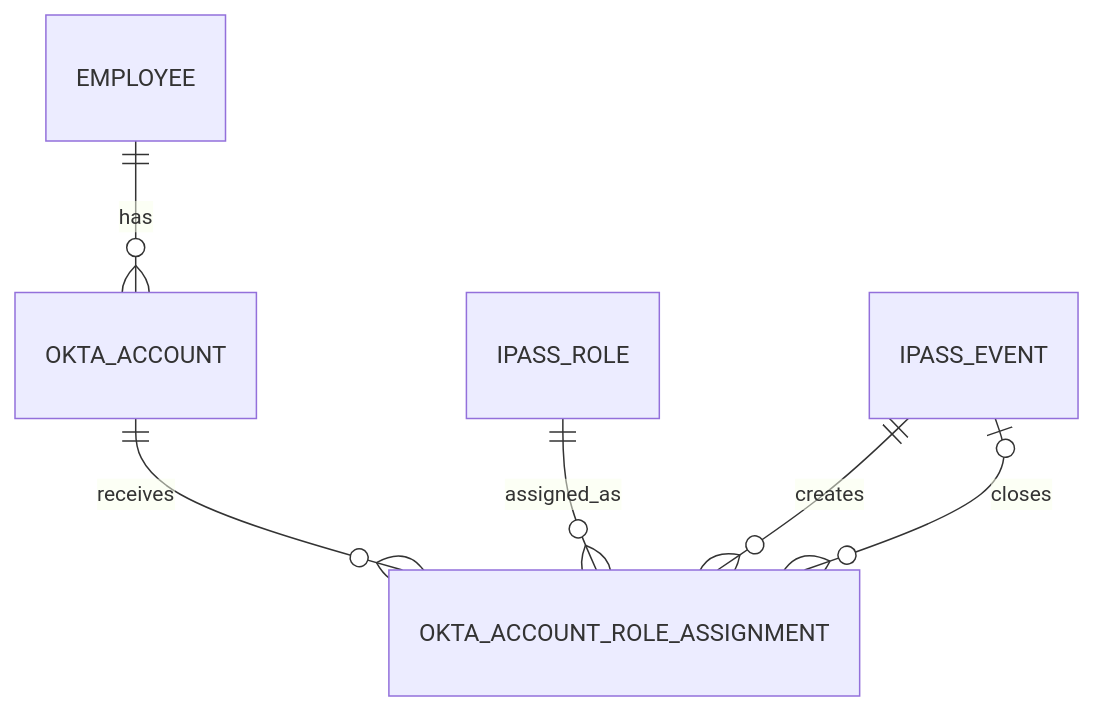
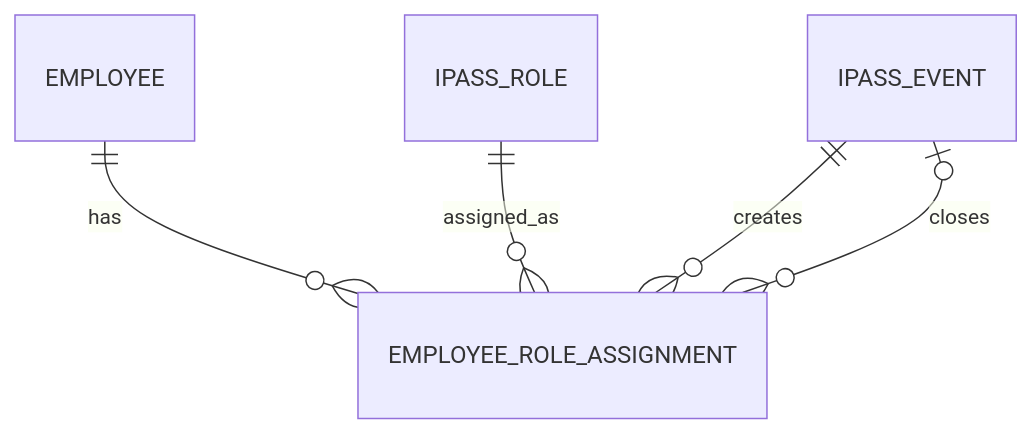
One commit to bvm-arjun108/user-access-management changed the diagram in docs/data-model.md. Above: the diagram before and after it, drawn with Mermaid. The commit also changed other lines of this file and 23 other files, not shown here.

```diff
--- a/docs/data-model.md
+++ b/docs/data-model.md
@@ -19,8 +18,7 @@
 ~~~mermaid
 erDiagram
-    EMPLOYEE ||--o{ OKTA_ACCOUNT : has
-    OKTA_ACCOUNT ||--o{ OKTA_ACCOUNT_ROLE_ASSIGNMENT : receives
-    IPASS_ROLE ||--o{ OKTA_ACCOUNT_ROLE_ASSIGNMENT : assigned_as
-    IPASS_EVENT ||--o{ OKTA_ACCOUNT_ROLE_ASSIGNMENT : creates
-    IPASS_EVENT o|--o{ OKTA_ACCOUNT_ROLE_ASSIGNMENT : closes
+    EMPLOYEE ||--o{ EMPLOYEE_ROLE_ASSIGNMENT : has
+    IPASS_ROLE ||--o{ EMPLOYEE_ROLE_ASSIGNMENT : assigned_as
+    IPASS_EVENT ||--o{ EMPLOYEE_ROLE_ASSIGNMENT : creates
+    IPASS_EVENT o|--o{ EMPLOYEE_ROLE_ASSIGNMENT : closes
 ~~~
```
